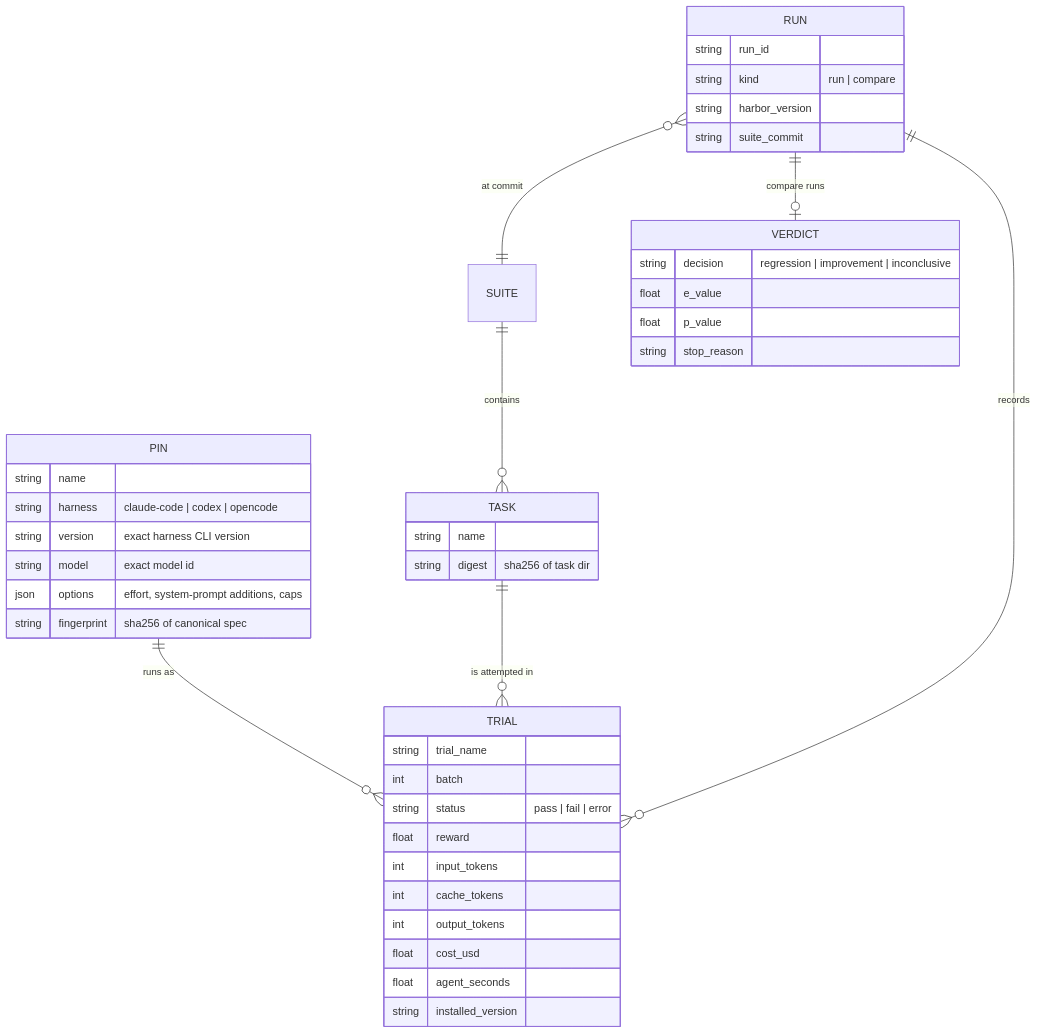
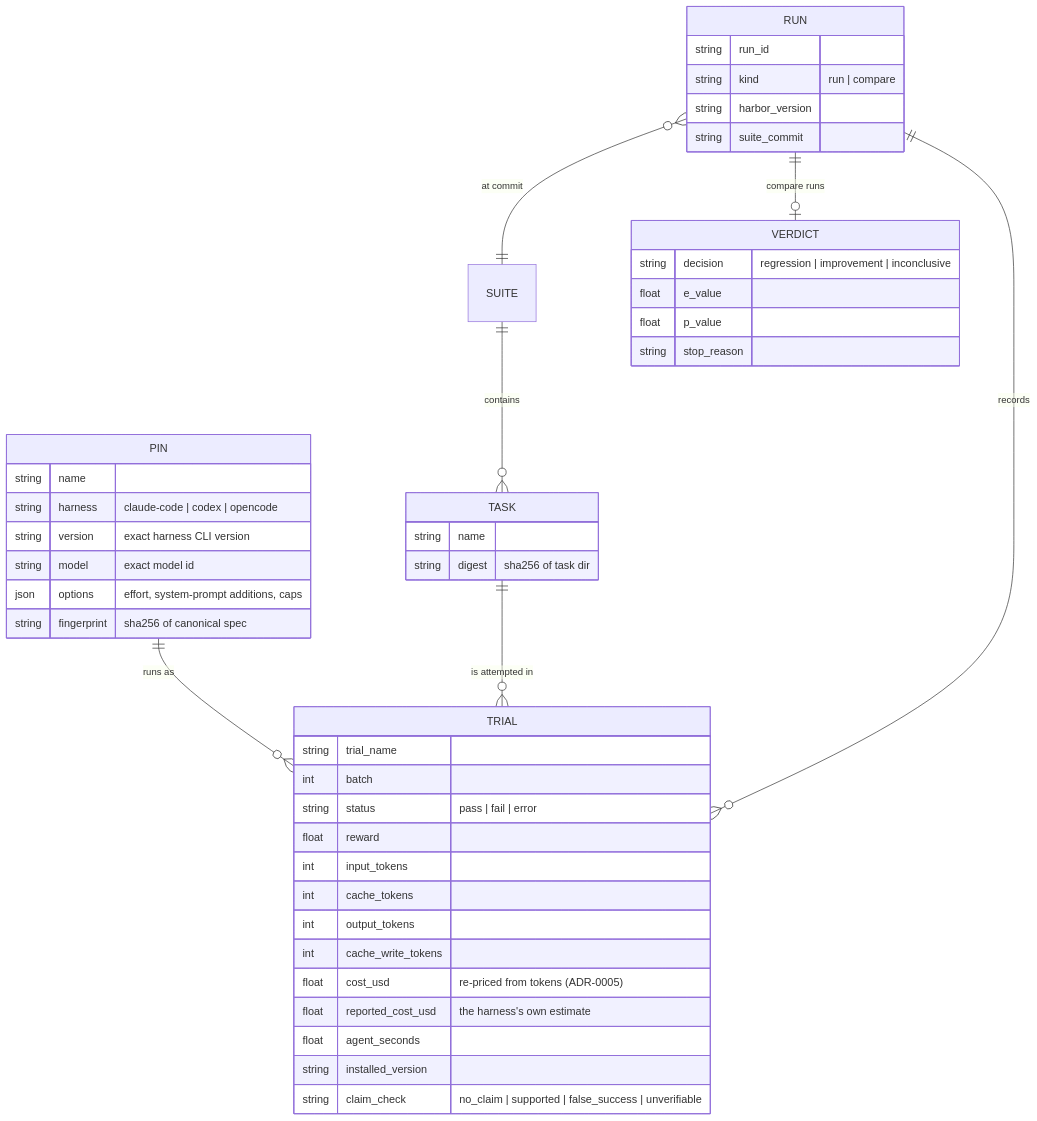
The second of 2 diagrams in docs/architecture/c4-container.md (digitalinnovator/pinbench), drawn with Mermaid before and after one commit. The commit also changed other lines of this file and 349 other files, not shown here.

````diff
--- a/docs/architecture/c4-container.md
+++ b/docs/architecture/c4-container.md
@@ -47,46 +53,49 @@
 ```mermaid
 erDiagram
     SUITE ||--o{ TASK : contains
     PIN ||--o{ TRIAL : "runs as"
     TASK ||--o{ TRIAL : "is attempted in"
     RUN ||--o{ TRIAL : records
     RUN }o--|| SUITE : "at commit"
     RUN ||--o| VERDICT : "compare runs"
 
     PIN {
         string name
         string harness "claude-code | codex | opencode"
         string version "exact harness CLI version"
         string model "exact model id"
         json options "effort, system-prompt additions, caps"
         string fingerprint "sha256 of canonical spec"
     }
     TASK {
         string name
         string digest "sha256 of task dir"
     }
     TRIAL {
         string trial_name
         int batch
         string status "pass | fail | error"
         float reward
         int input_tokens
         int cache_tokens
         int output_tokens
-        float cost_usd
+        int cache_write_tokens
+        float cost_usd "re-priced from tokens (ADR-0005)"
+        float reported_cost_usd "the harness's own estimate"
         float agent_seconds
         string installed_version
+        string claim_check "no_claim | supported | false_success | unverifiable"
     }
     RUN {
         string run_id
         string kind "run | compare"
         string harbor_version
         string suite_commit
     }
     VERDICT {
         string decision "regression | improvement | inconclusive"
         float e_value
         float p_value
         string stop_reason
     }
 ```
````
